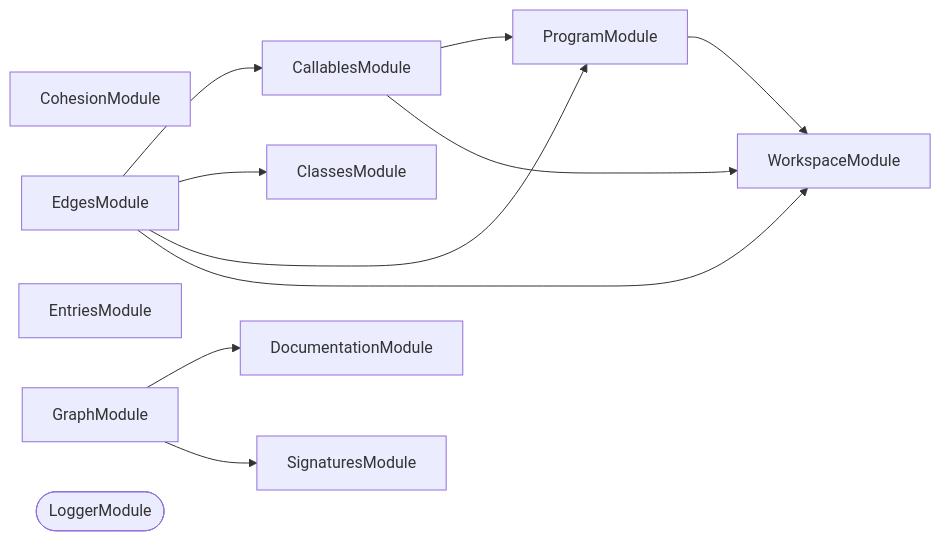
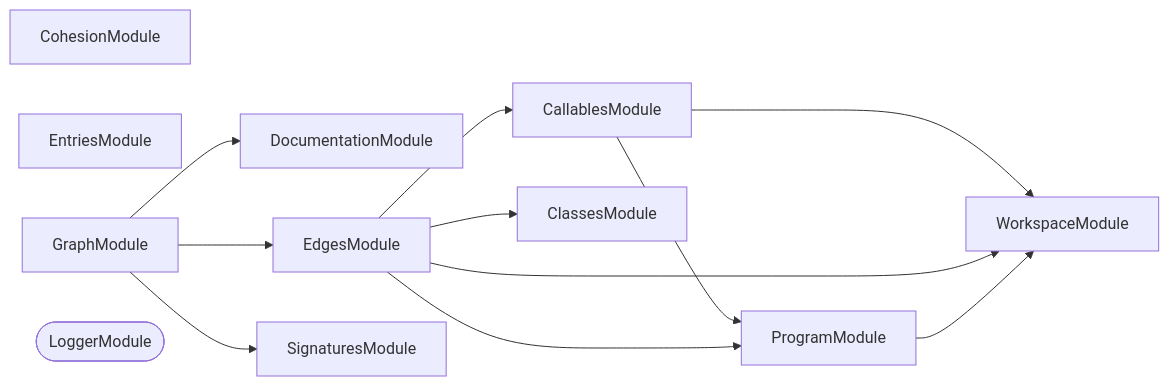
One commit to JimmyPaolini/codebase changed the second of 3 diagrams in packages/callidescope-graph/README.md. Above: the diagram before and after it, drawn with Mermaid. The commit also changed other lines of this file and 43 other files, not shown here.

````diff
--- a/packages/callidescope-graph/README.md
+++ b/packages/callidescope-graph/README.md
@@ -219,23 +244,24 @@
 ```mermaid
 flowchart LR
   CallablesModule
   ClassesModule
   CohesionModule
   DocumentationModule
   EdgesModule
   EntriesModule
   GraphModule
   LoggerModule([LoggerModule])
   ProgramModule
   SignaturesModule
   WorkspaceModule
   CallablesModule --> ProgramModule
   CallablesModule --> WorkspaceModule
   EdgesModule --> CallablesModule
   EdgesModule --> ClassesModule
   EdgesModule --> ProgramModule
   EdgesModule --> WorkspaceModule
   GraphModule --> DocumentationModule
+  GraphModule --> EdgesModule
   GraphModule --> SignaturesModule
   ProgramModule --> WorkspaceModule
 ```
````
